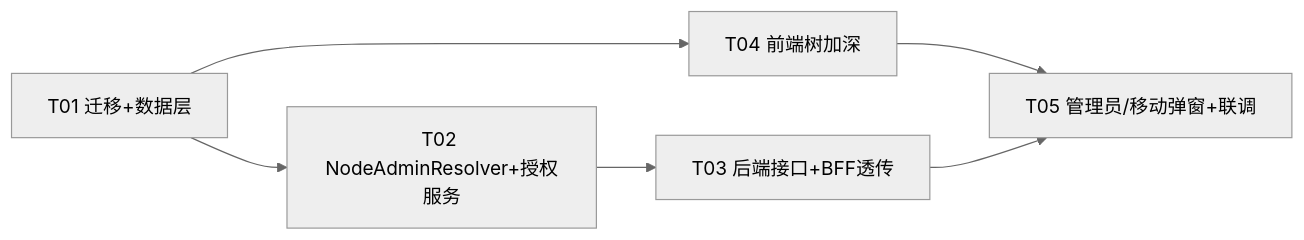
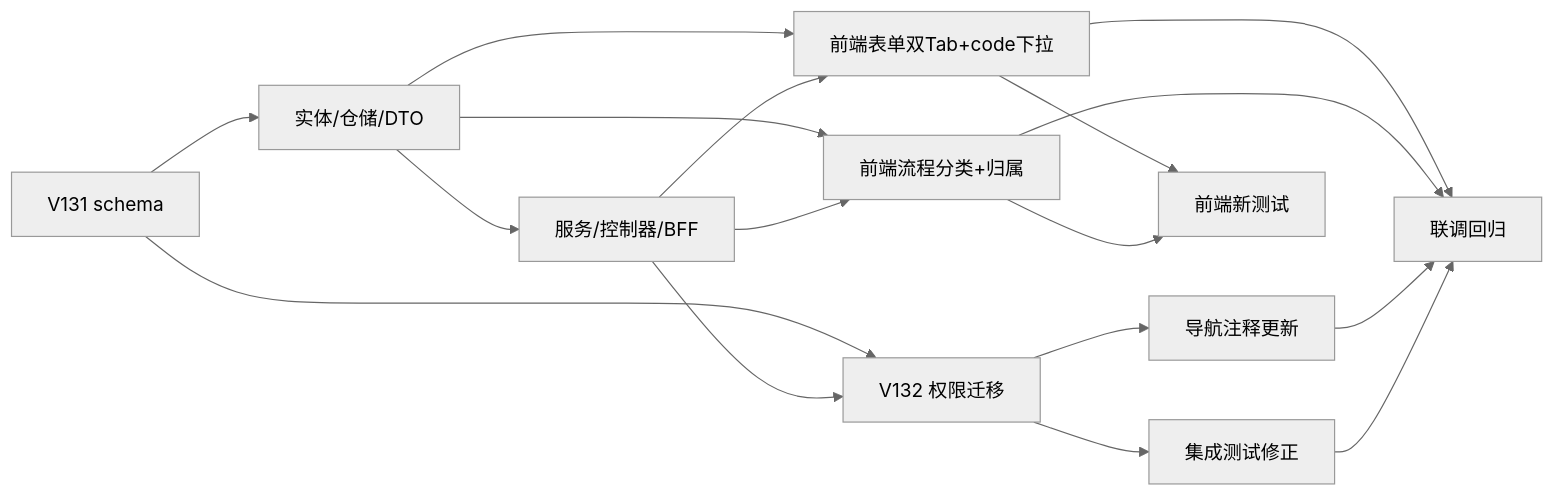
The diagram in docs/system_design.md (13961588612/mis-platform), drawn with Mermaid (neutral theme) before and after one commit. The commit also changed other lines of this file and 2 other files, not shown here.

First line of the commit message:
docs: 更新系统设计总纲与类图/时序图（表单/流程分类增量）

````diff
--- a/docs/system_design.md
+++ b/docs/system_design.md
@@ -577,8 +178,19 @@
 ```mermaid
 graph LR
-    T01[T01 迁移+数据层] --> T02[T02 NodeAdminResolver+授权服务]
-    T02 --> T03[T03 后端接口+BFF透传]
-    T01 --> T04[T04 前端树加深]
-    T04 --> T05[T05 管理员/移动弹窗+联调]
-    T03 --> T05
+  T01[V131 schema] --> T02[实体/仓储/DTO]
+  T02 --> T03[服务/控制器/BFF]
+  T01 --> T04[V132 权限迁移]
+  T03 --> T04
+  T02 --> T05[前端表单双Tab+code下拉]
+  T03 --> T05
+  T02 --> T06[前端流程分类+归属]
+  T03 --> T06
+  T04 --> T07[导航注释更新]
+  T04 --> T08[集成测试修正]
+  T05 --> T09[前端新测试]
+  T06 --> T09
+  T05 --> T10[联调回归]
+  T06 --> T10
+  T07 --> T10
+  T08 --> T10
 ```
````
